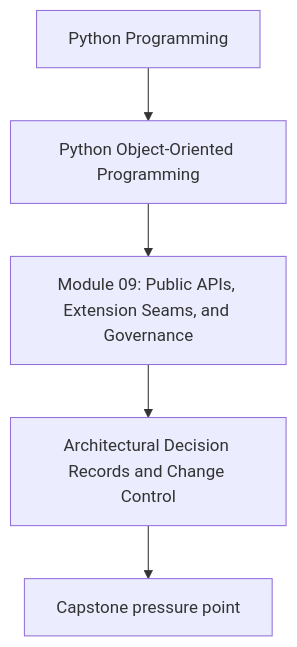
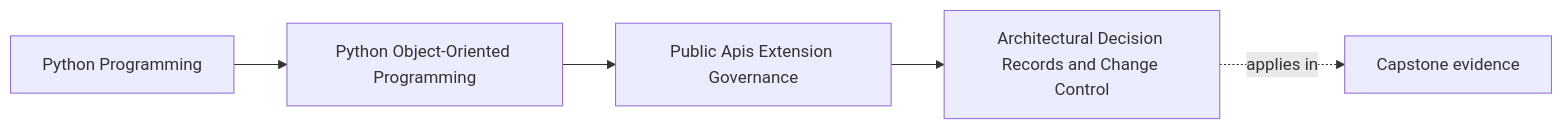
One commit to bijux/bijux-masterclass changed the first of 2 diagrams in programs/python-programming/python-object-oriented-programming/course-book/module-09-public-apis-extension-governance/architectural-decision-records-and-change-control.md. Above: the diagram before and after it, drawn with Mermaid. The commit also changed other lines of this file and 103 other files, not shown here.

Commit message:
docs(python-object-oriented-programming): map sustainment and capstone surfaces

````diff
--- a/programs/python-programming/python-object-oriented-programming/course-book/module-09-public-apis-extension-governance/architectural-decision-records-and-change-control.md
+++ b/programs/python-programming/python-object-oriented-programming/course-book/module-09-public-apis-extension-governance/architectural-decision-records-and-change-control.md
@@ -7,7 +7,11 @@
 ```mermaid
-flowchart TD
-  family["Python Programming"] --> program["Python Object-Oriented Programming"]
-  program --> module["Module 09: Public APIs, Extension Seams, and Governance"]
-  module --> concept["Architectural Decision Records and Change Control"]
-  concept --> capstone["Capstone pressure point"]
+graph LR
+  family["Python Programming"]
+  program["Python Object-Oriented Programming"]
+  section["Public Apis Extension Governance"]
+  page["Architectural Decision Records and Change Control"]
+  capstone["Capstone evidence"]
+
+  family --> program --> section --> page
+  page -.applies in.-> capstone
 ```
````
